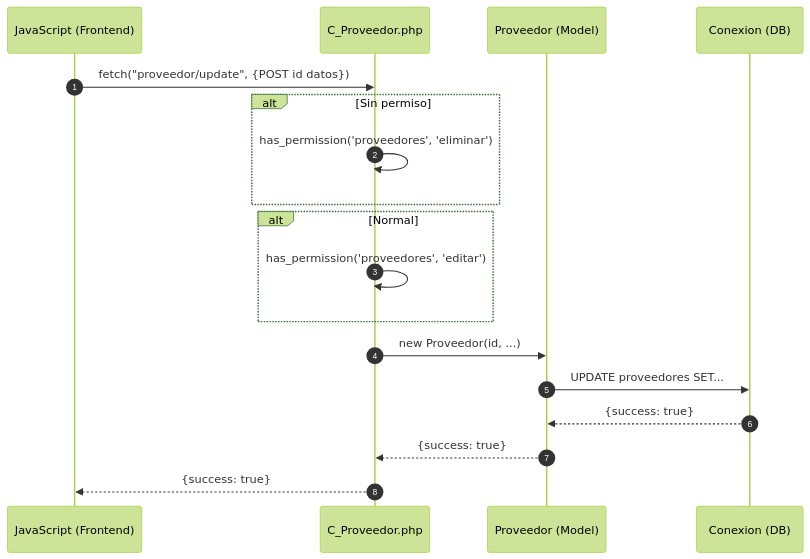
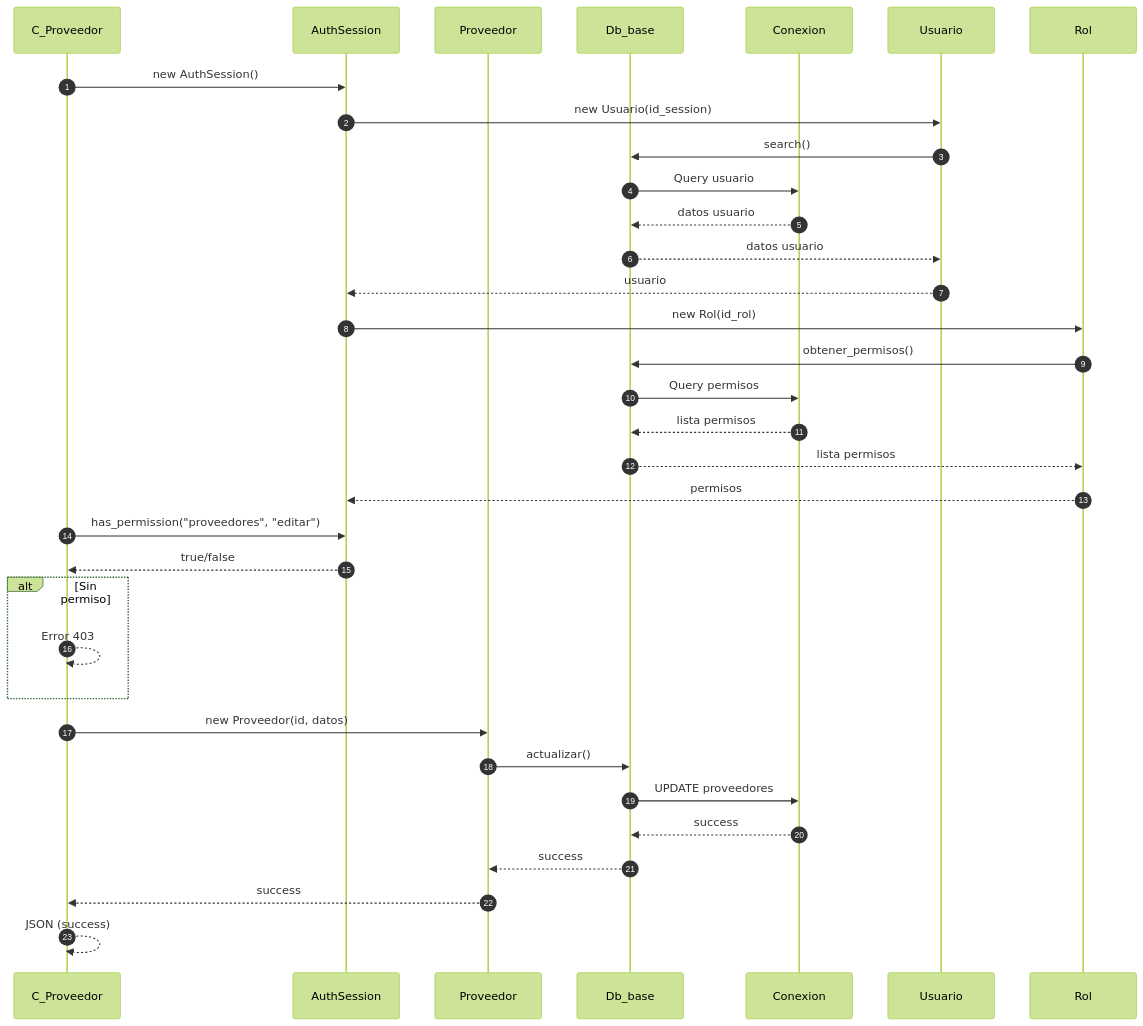
Before and after one commit to Tecrato/BurgerHouse: the third of 4 diagrams in docs/secuencia/proveedores/proveedores.md, drawn with Mermaid (forest theme). The commit also changed other lines of this file and 13 other files, not shown here.

First line of the commit message:
diagramas actualizaos

````diff
--- a/docs/secuencia/proveedores/proveedores.md
+++ b/docs/secuencia/proveedores/proveedores.md
@@ -53,25 +94,40 @@
 ```mermaid
 sequenceDiagram
     autonumber
-    participant JS as JavaScript (Frontend)
-    participant C_Proveedor as C_Proveedor.php
-    participant Proveedor as Proveedor (Model)
-    participant DB as Conexion (DB)
+    participant C_Proveedor as C_Proveedor
+    participant AuthSession as AuthSession
+    participant Proveedor as Proveedor
+    participant Db_base as Db_base
+    participant Conexion as Conexion
     
-    JS->>C_Proveedor: fetch("proveedor/update", {POST id datos})
+    C_Proveedor->>AuthSession: new AuthSession()
+    AuthSession->>Usuario: new Usuario(id_session)
+    Usuario->>Db_base: search()
+    Db_base->>Conexion: Query usuario
+    Conexion-->>Db_base: datos usuario
+    Db_base-->>Usuario: datos usuario
+    Usuario-->>AuthSession: usuario
+    
+    AuthSession->>Rol: new Rol(id_rol)
+    Rol->>Db_base: obtener_permisos()
+    Db_base->>Conexion: Query permisos
+    Conexion-->>Db_base: lista permisos
+    Db_base-->>Rol: lista permisos
+    Rol-->>AuthSession: permisos
+    
+    C_Proveedor->>AuthSession: has_permission("proveedores", "editar")
+    AuthSession-->>C_Proveedor: true/false
     
     alt Sin permiso
-        C_Proveedor->>C_Proveedor: has_permission('proveedores', 'eliminar')
+        C_Proveedor-->>C_Proveedor: Error 403
     end
     
-    alt Normal
-        C_Proveedor->>C_Proveedor: has_permission('proveedores', 'editar')
-    end
+    C_Proveedor->>Proveedor: new Proveedor(id, datos)
+    Proveedor->>Db_base: actualizar()
+    Db_base->>Conexion: UPDATE proveedores
+    Conexion-->>Db_base: success
+    Db_base-->>Proveedor: success
+    Proveedor-->>C_Proveedor: success
     
-    C_Proveedor->>Proveedor: new Proveedor(id, ...)
-    Proveedor->>DB: UPDATE proveedores SET...
-    DB-->>Proveedor: {success: true}
-    Proveedor-->>C_Proveedor: {success: true}
-    
-    C_Proveedor-->>JS: {success: true}
+    C_Proveedor-->>C_Proveedor: JSON (success)
 ```
````
